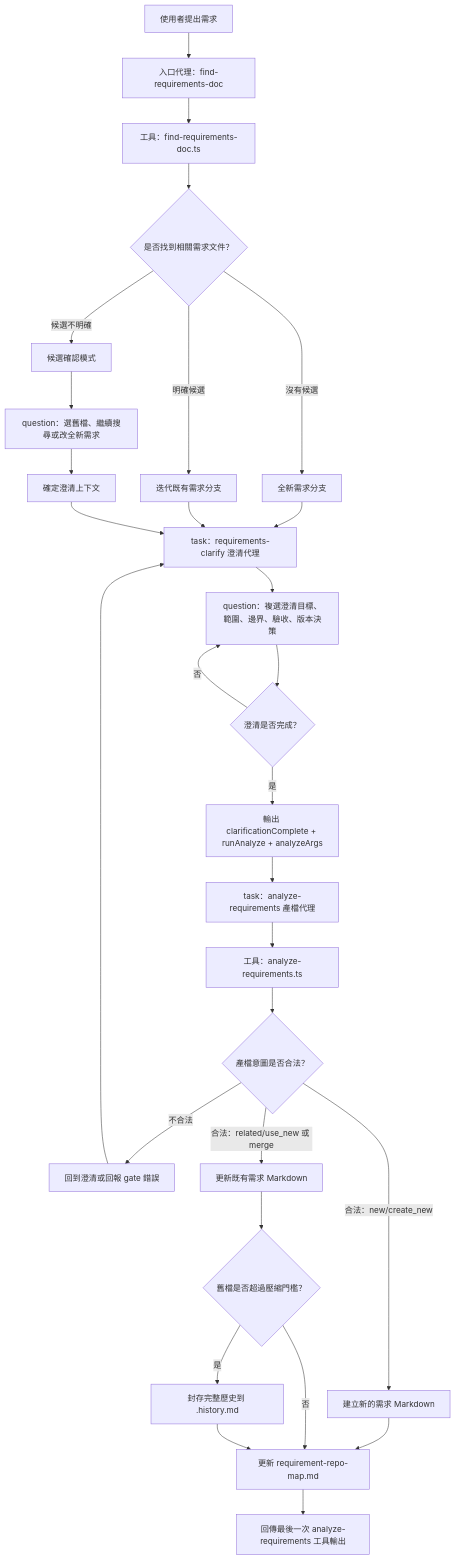
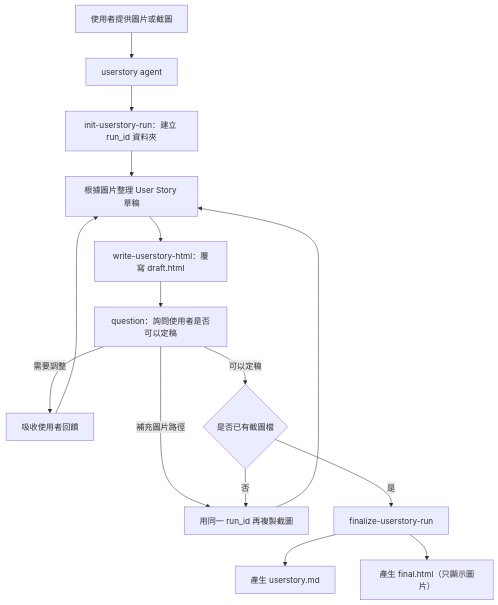
One commit to jason23452/SDD changed the diagram in FLOW_1.md. Above: the diagram before and after it, drawn with Mermaid. The commit also changed other lines of this file and 13 other files, not shown here.

First line of the commit message:
feat: Update workflow to support User Story generation from images

````diff
--- a/FLOW_1.md
+++ b/FLOW_1.md
@@ -26,40 +39,17 @@
 ```mermaid
 flowchart TD
-    A["使用者提出需求"] --> B["入口代理：find-requirements-doc"]
-    B --> C["工具：find-requirements-doc.ts"]
-    C --> D{是否找到相關需求文件？}
-
-    D -->|"沒有候選"| E["全新需求分支"]
-    D -->|"明確候選"| F["迭代既有需求分支"]
-    D -->|"候選不明確"| G["候選確認模式"]
-
-    G --> H["question：選舊檔、繼續搜尋或改全新需求"]
-    H --> I["確定澄清上下文"]
-
-    E --> J["task：requirements-clarify 澄清代理"]
-    F --> J
-    I --> J
-
-    J --> K["question：複選澄清目標、範圍、邊界、驗收、版本決策"]
-    K --> L{澄清是否完成？}
-    L -->|"否"| K
-    L -->|"是"| M["輸出 clarificationComplete + runAnalyze + analyzeArgs"]
-
-    M --> N["task：analyze-requirements 產檔代理"]
-    N --> O["工具：analyze-requirements.ts"]
-    O --> P{產檔意圖是否合法？}
-
-    P -->|"不合法"| Q["回到澄清或回報 gate 錯誤"]
-    Q --> J
-
-    P -->|"合法：new/create_new"| R["建立新的需求 Markdown"]
-    P -->|"合法：related/use_new 或 merge"| S["更新既有需求 Markdown"]
-
-    R --> T["更新 requirement-repo-map.md"]
-    S --> U{舊檔是否超過壓縮門檻？}
-    U -->|"否"| T
-    U -->|"是"| V["封存完整歷史到 .history.md"]
-    V --> T
-
-    T --> W["回傳最後一次 analyze-requirements 工具輸出"]
+    A["使用者提供圖片或截圖"] --> B["userstory agent"]
+    B --> C["init-userstory-run：建立 run_id 資料夾"]
+    C --> D["根據圖片整理 User Story 草稿"]
+    D --> E["write-userstory-html：覆寫 draft.html"]
+    E --> F["question：詢問使用者是否可以定稿"]
+    F -->|"需要調整"| G["吸收使用者回饋"]
+    G --> D
+    F -->|"補充圖片路徑"| H["用同一 run_id 再複製截圖"]
+    H --> D
+    F -->|"可以定稿"| I{"是否已有截圖檔"}
+    I -->|"否"| H
+    I -->|"是"| J["finalize-userstory-run"]
+    J --> K["產生 userstory.md"]
+    J --> L["產生 final.html（只顯示圖片）"]
 ```
````
